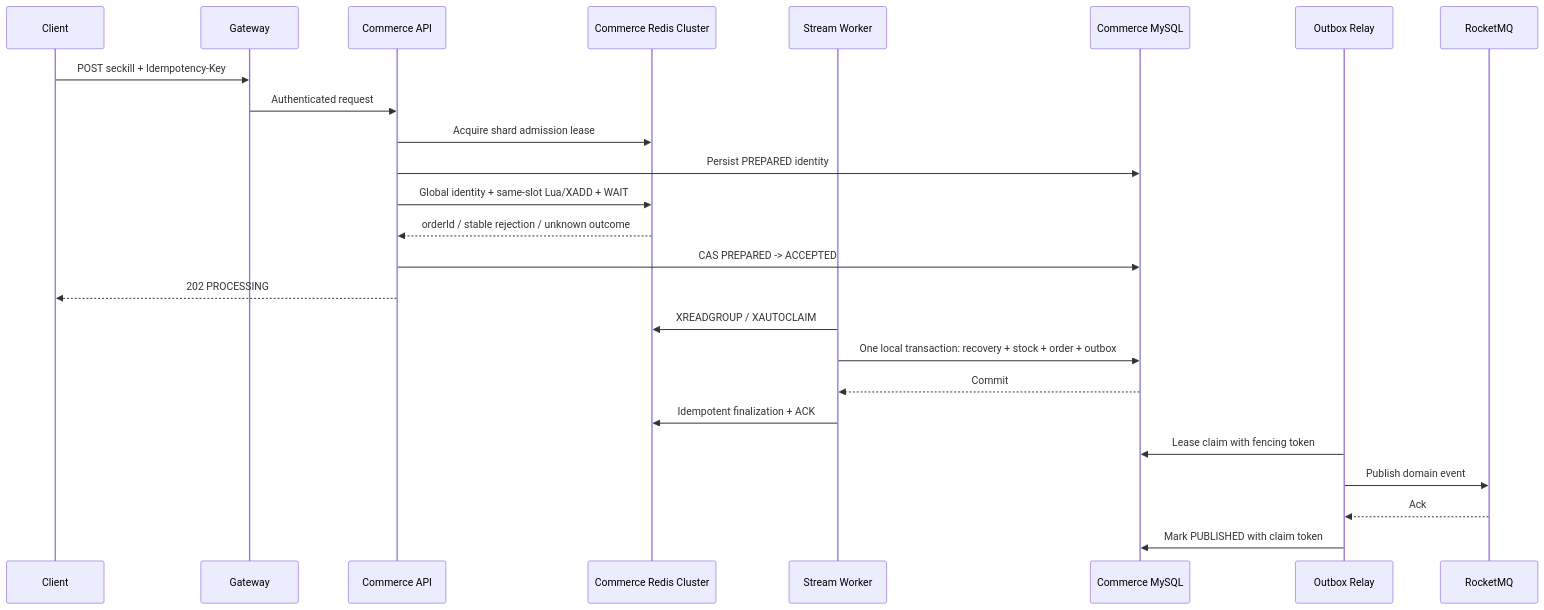
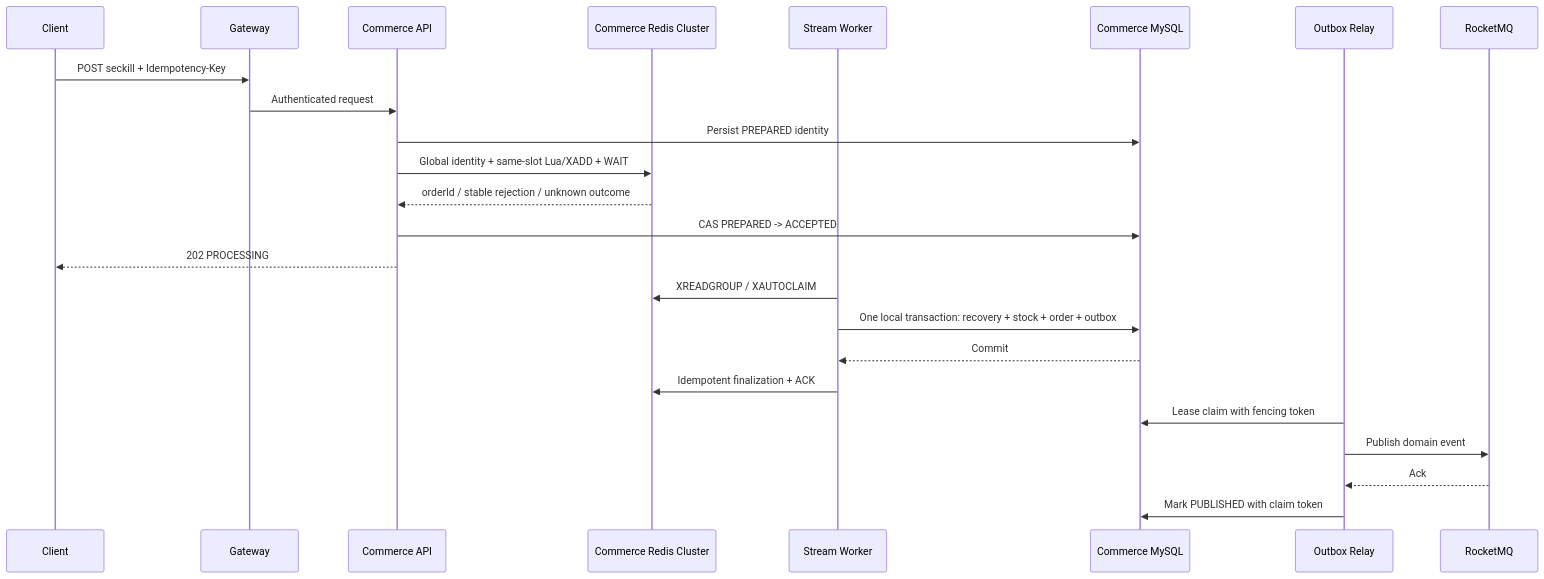
Before and after one commit to Tancaject/CityCopilot: the second of 3 diagrams in docs/architecture/design-citycopilot-production-high-concurrency.md, drawn with Mermaid. The commit also changed other lines of this file and 556 other files, not shown here.

````diff
--- a/docs/architecture/design-citycopilot-production-high-concurrency.md
+++ b/docs/architecture/design-citycopilot-production-high-concurrency.md
@@ -235,28 +209,27 @@
 ```mermaid
 sequenceDiagram
     participant Client
     participant Gateway
     participant API as Commerce API
     participant Redis as Commerce Redis Cluster
     participant Worker as Stream Worker
     participant DB as Commerce MySQL
     participant Relay as Outbox Relay
     participant MQ as RocketMQ
 
     Client->>Gateway: POST seckill + Idempotency-Key
     Gateway->>API: Authenticated request
-    API->>Redis: Acquire shard admission lease
     API->>DB: Persist PREPARED identity
     API->>Redis: Global identity + same-slot Lua/XADD + WAIT
     Redis-->>API: orderId / stable rejection / unknown outcome
     API->>DB: CAS PREPARED -> ACCEPTED
     API-->>Client: 202 PROCESSING
     Worker->>Redis: XREADGROUP / XAUTOCLAIM
     Worker->>DB: One local transaction: recovery + stock + order + outbox
     DB-->>Worker: Commit
     Worker->>Redis: Idempotent finalization + ACK
     Relay->>DB: Lease claim with fencing token
     Relay->>MQ: Publish domain event
     MQ-->>Relay: Ack
     Relay->>DB: Mark PUBLISHED with claim token
 ```
````
